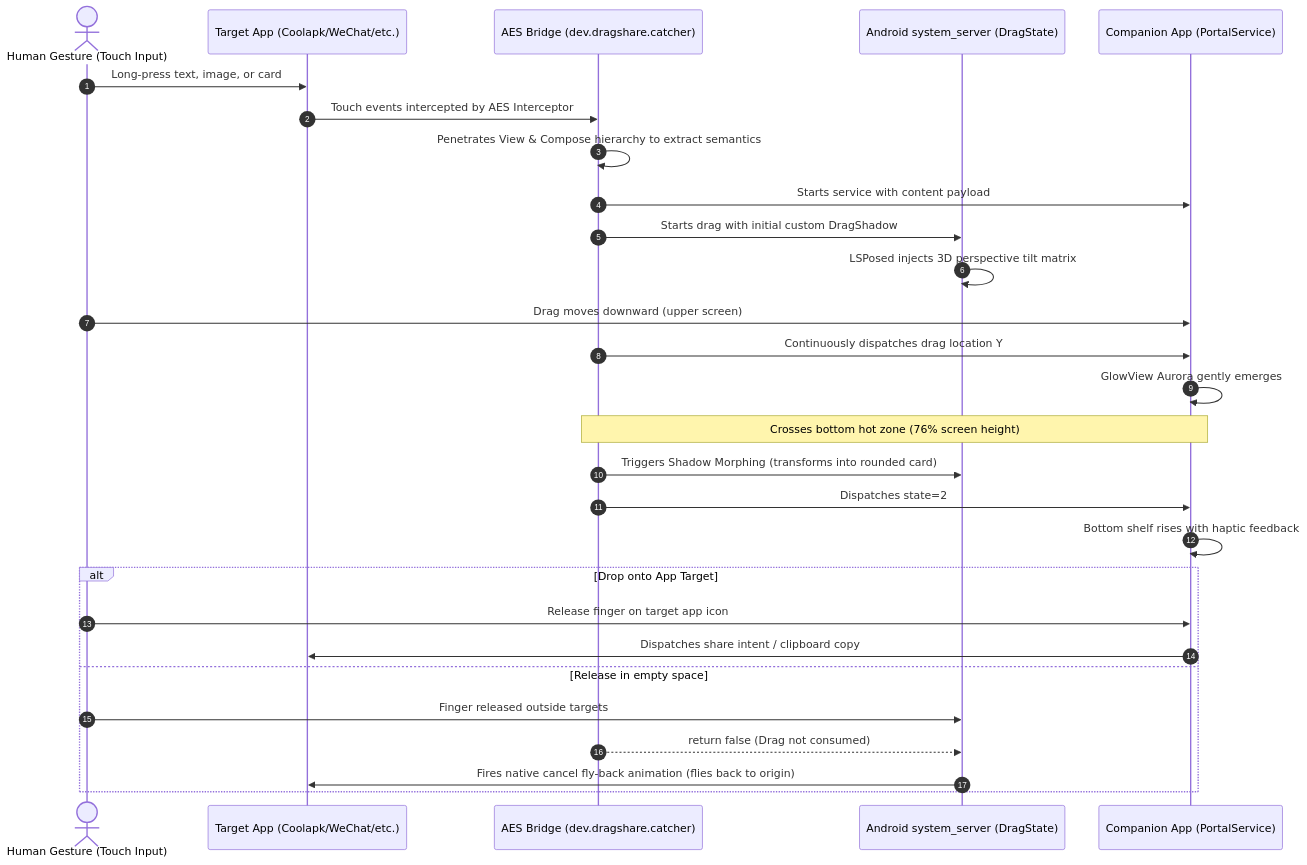
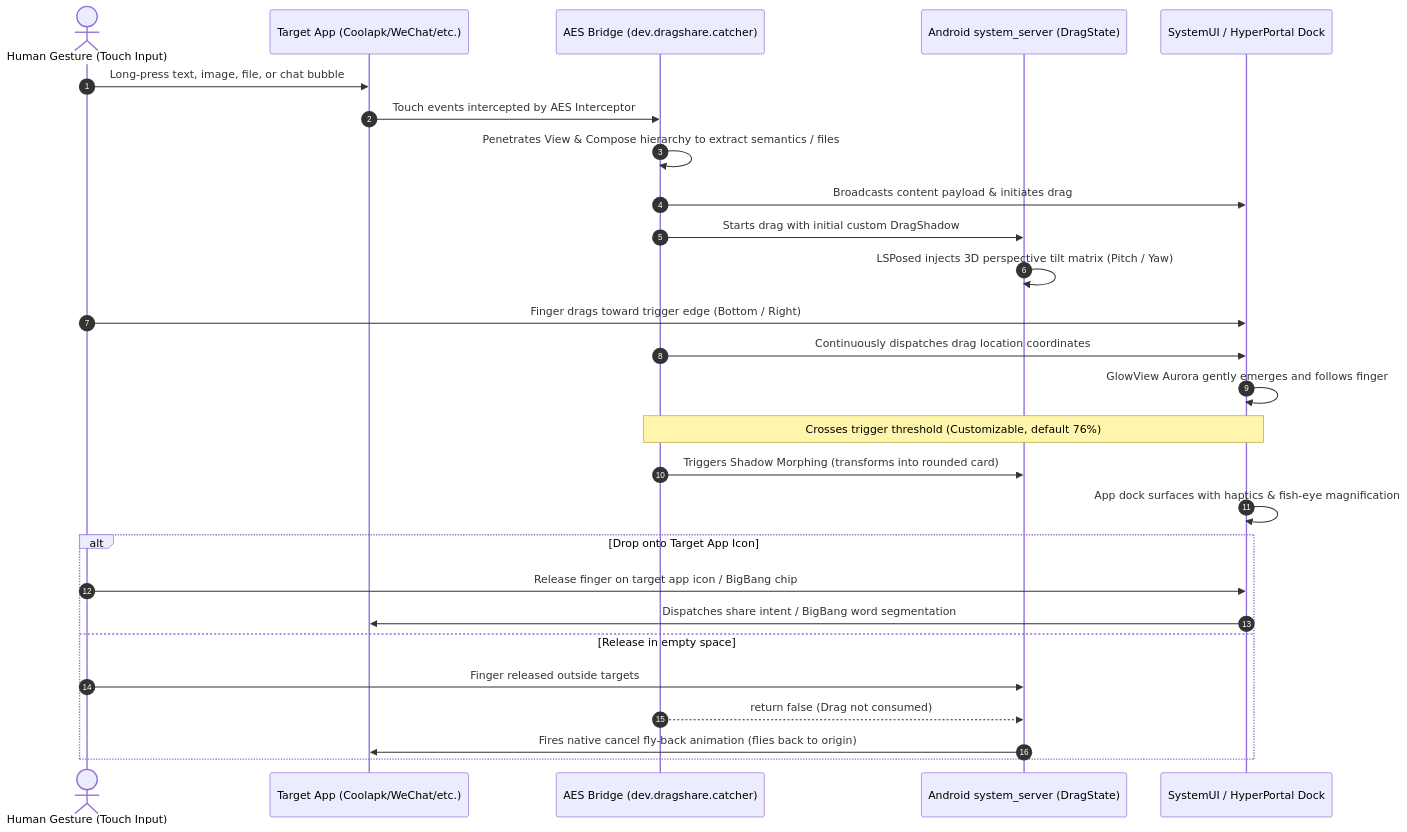
The diagram in README.md (Leaf-lsgtky/HyperPortal), drawn with Mermaid before and after one commit. The commit also changed other lines of this file and 1 other file, not shown here.

Commit message:
docs: update documentation to reflect HyperPortal architecture and features

````diff
--- a/README.md
+++ b/README.md
@@ -25,31 +28,30 @@
 ```mermaid
 sequenceDiagram
     autonumber
     actor User as Human Gesture (Touch Input)
     participant App as Target App (Coolapk/WeChat/etc.)
     participant AES as AES Bridge (dev.dragshare.catcher)
     participant WMS as Android system_server (DragState)
-    participant Portal as Companion App (PortalService)
+    participant Dock as SystemUI / HyperPortal Dock
 
-    User->>App: Long-press text, image, or card
+    User->>App: Long-press text, image, file, or chat bubble
     App->>AES: Touch events intercepted by AES Interceptor
-    AES->>AES: Penetrates View & Compose hierarchy to extract semantics
-    AES->>Portal: Starts service with content payload
+    AES->>AES: Penetrates View & Compose hierarchy to extract semantics / files
+    AES->>Dock: Broadcasts content payload & initiates drag
     AES->>WMS: Starts drag with initial custom DragShadow
-    WMS->>WMS: LSPosed injects 3D perspective tilt matrix
-    User->>Portal: Drag moves downward (upper screen)
-    AES->>Portal: Continuously dispatches drag location Y
-    Portal->>Portal: GlowView Aurora gently emerges
-    Note over AES,Portal: Crosses bottom hot zone (76% screen height)
+    WMS->>WMS: LSPosed injects 3D perspective tilt matrix (Pitch / Yaw)
+    User->>Dock: Finger drags toward trigger edge (Bottom / Right)
+    AES->>Dock: Continuously dispatches drag location coordinates
+    Dock->>Dock: GlowView Aurora gently emerges and follows finger
+    Note over AES,Dock: Crosses trigger threshold (Customizable, default 76%)
     AES->>WMS: Triggers Shadow Morphing (transforms into rounded card)
-    AES->>Portal: Dispatches state=2
-    Portal->>Portal: Bottom shelf rises with haptic feedback
-    alt Drop onto App Target
-        User->>Portal: Release finger on target app icon
-        Portal->>App: Dispatches share intent / clipboard copy
+    Dock->>Dock: App dock surfaces with haptics & fish-eye magnification
+    alt Drop onto Target App Icon
+        User->>Dock: Release finger on target app icon / BigBang chip
+        Dock->>App: Dispatches share intent / BigBang word segmentation
     else Release in empty space
         User->>WMS: Finger released outside targets
         AES-->>WMS: return false (Drag not consumed)
         WMS->>App: Fires native cancel fly-back animation (flies back to origin)
     end
 ```
````
